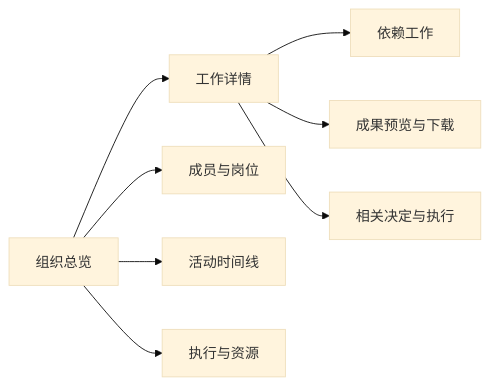
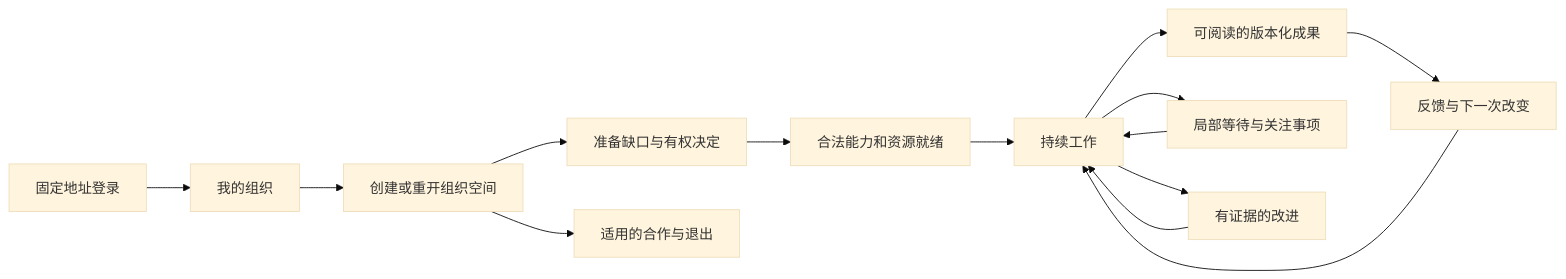
One commit to illusionaireal/Union changed the diagram in docs/product-design.md. Above: the diagram before and after it, drawn with Mermaid (base theme). The commit also changed other lines of this file and 63 other files, not shown here.

Commit message:
fix: align Charter V1 delivery and retire legacy dispatch

````diff
--- a/docs/product-design.md
+++ b/docs/product-design.md
@@ -86,10 +43,16 @@
 ```mermaid
 flowchart LR
-  A[组织总览] --> B[工作详情]
-  A --> C[成员与岗位]
-  B --> D[依赖工作]
-  B --> E[成果预览与下载]
-  B --> F[相关决定与执行]
-  A --> G[活动时间线]
-  A --> H[执行与资源]
+  A[固定地址登录] --> B[我的组织]
+  B --> C[创建或重开组织空间]
+  C --> D[准备缺口与有权决定]
+  D --> E[合法能力和资源就绪]
+  E --> F[持续工作]
+  F --> G[可阅读的版本化成果]
+  G --> H[反馈与下一次改变]
+  H --> F
+  F --> I[局部等待与关注事项]
+  I --> F
+  F --> J[有证据的改进]
+  J --> F
+  C --> K[适用的合作与退出]
 ```
````
